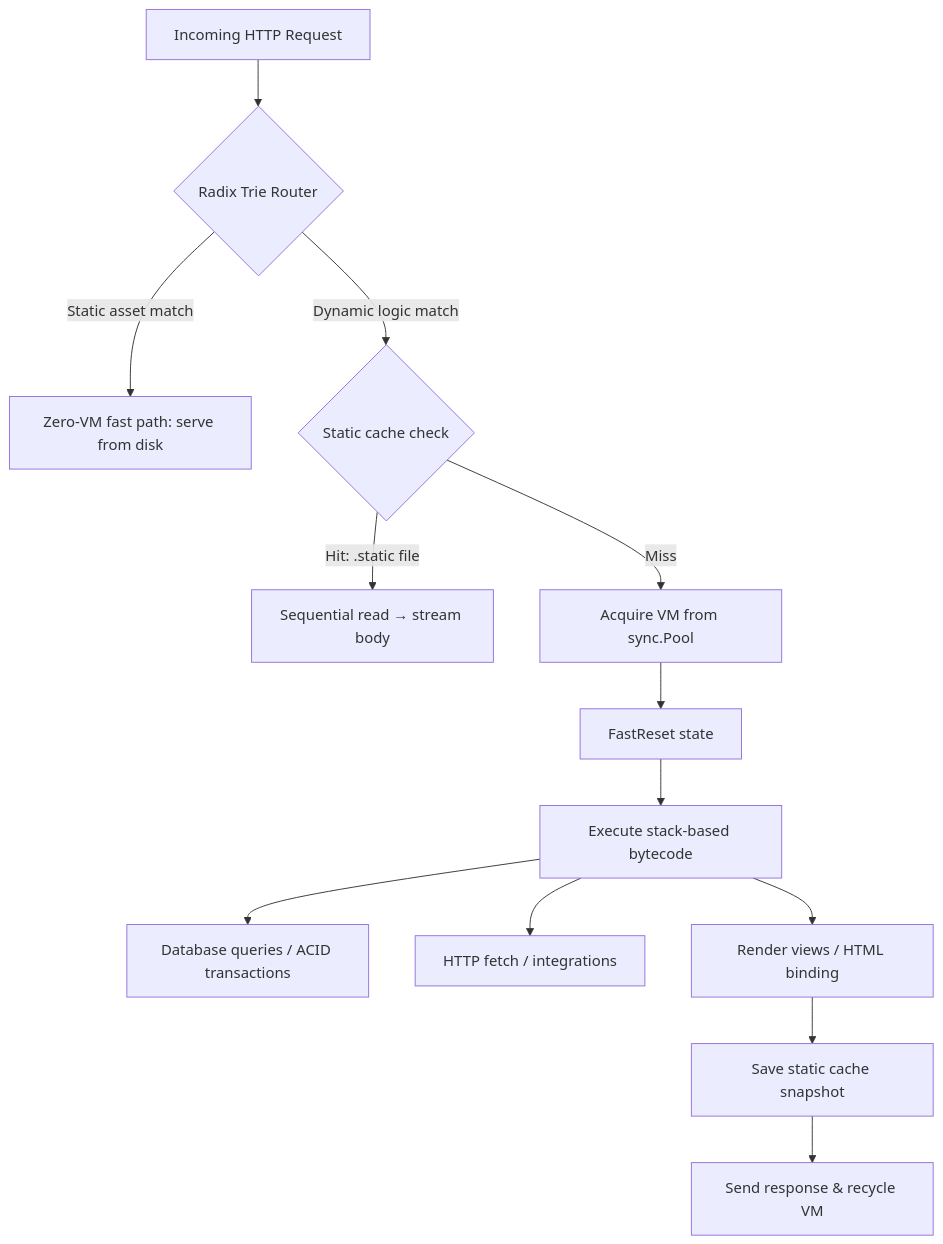
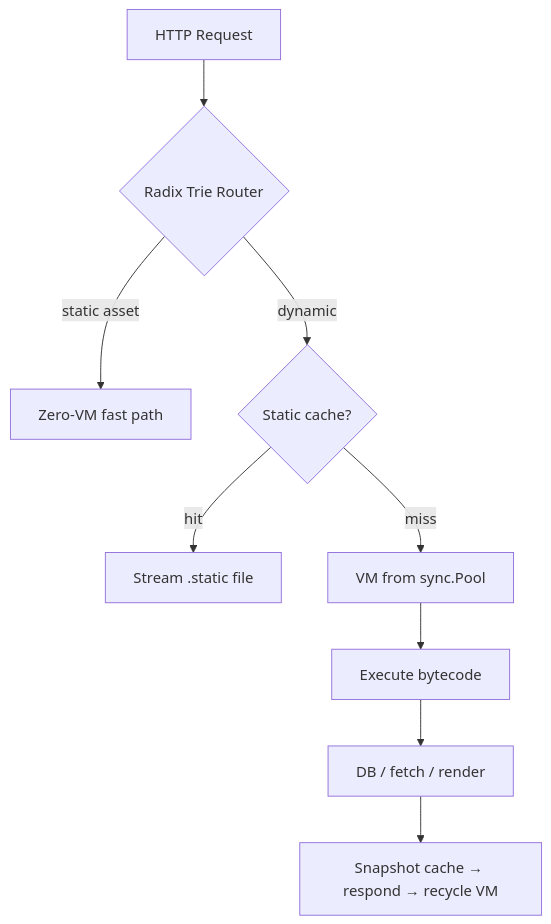
One commit to kitwork/engine changed the diagram in readme.md. Above: the diagram before and after it, drawn with Mermaid. The commit also changed other lines of this file, not shown here.

First line of the commit message:
docs: loc gon README - cat TOC thu cong, pull-quote lap, byte-layout .static, nen config/FAQ/architecture

````diff
--- a/readme.md
+++ b/readme.md
@@ -196,15 +146,10 @@
 ```mermaid
 graph TD
-    A[Incoming HTTP Request] --> B{Radix Trie Router}
-    B -- Static asset match --> C[Zero-VM fast path: serve from disk]
-    B -- Dynamic logic match --> D{Static cache check}
-    D -- Hit: .static file --> E[Sequential read → stream body]
-    D -- Miss --> F[Acquire VM from sync.Pool]
-    F --> G[FastReset state]
-    G --> H[Execute stack-based bytecode]
-    H --> I[Database queries / ACID transactions]
-    H --> J[HTTP fetch / integrations]
-    H --> K[Render views / HTML binding]
-    K --> L[Save static cache snapshot]
-    L --> M[Send response & recycle VM]
+    A[HTTP Request] --> B{Radix Trie Router}
+    B -- static asset --> C[Zero-VM fast path]
+    B -- dynamic --> D{Static cache?}
+    D -- hit --> E[Stream .static file]
+    D -- miss --> F[VM from sync.Pool] --> G[Execute bytecode]
+    G --> H[DB / fetch / render]
+    H --> I[Snapshot cache → respond → recycle VM]
 ```
````
